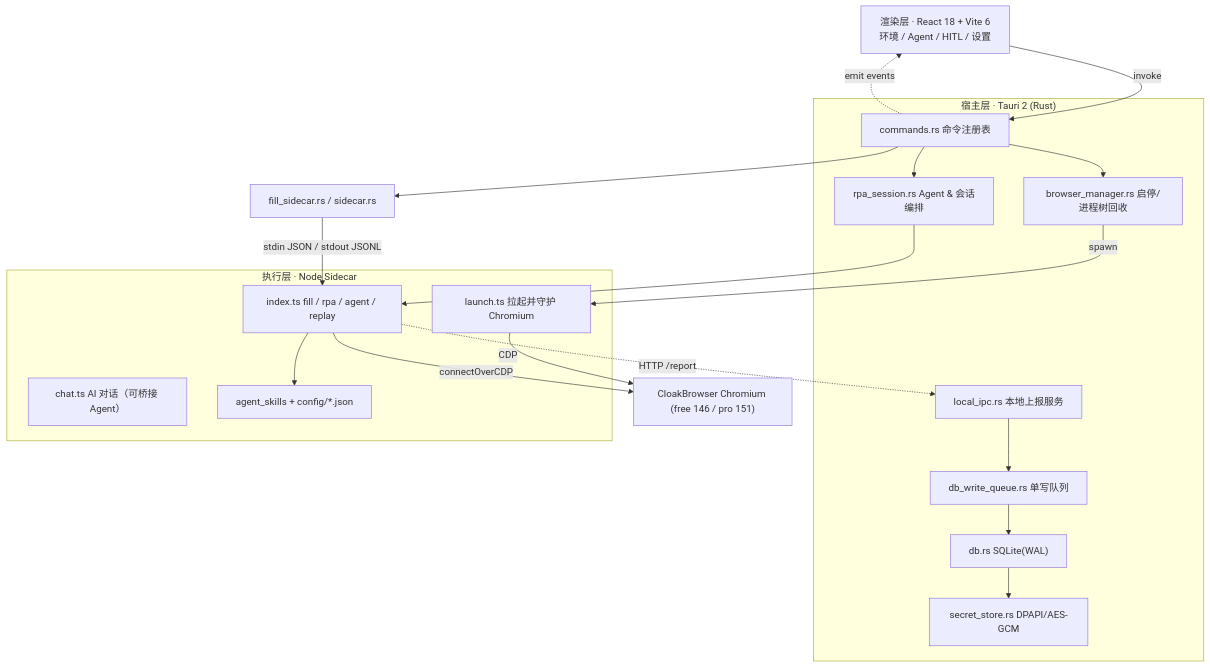
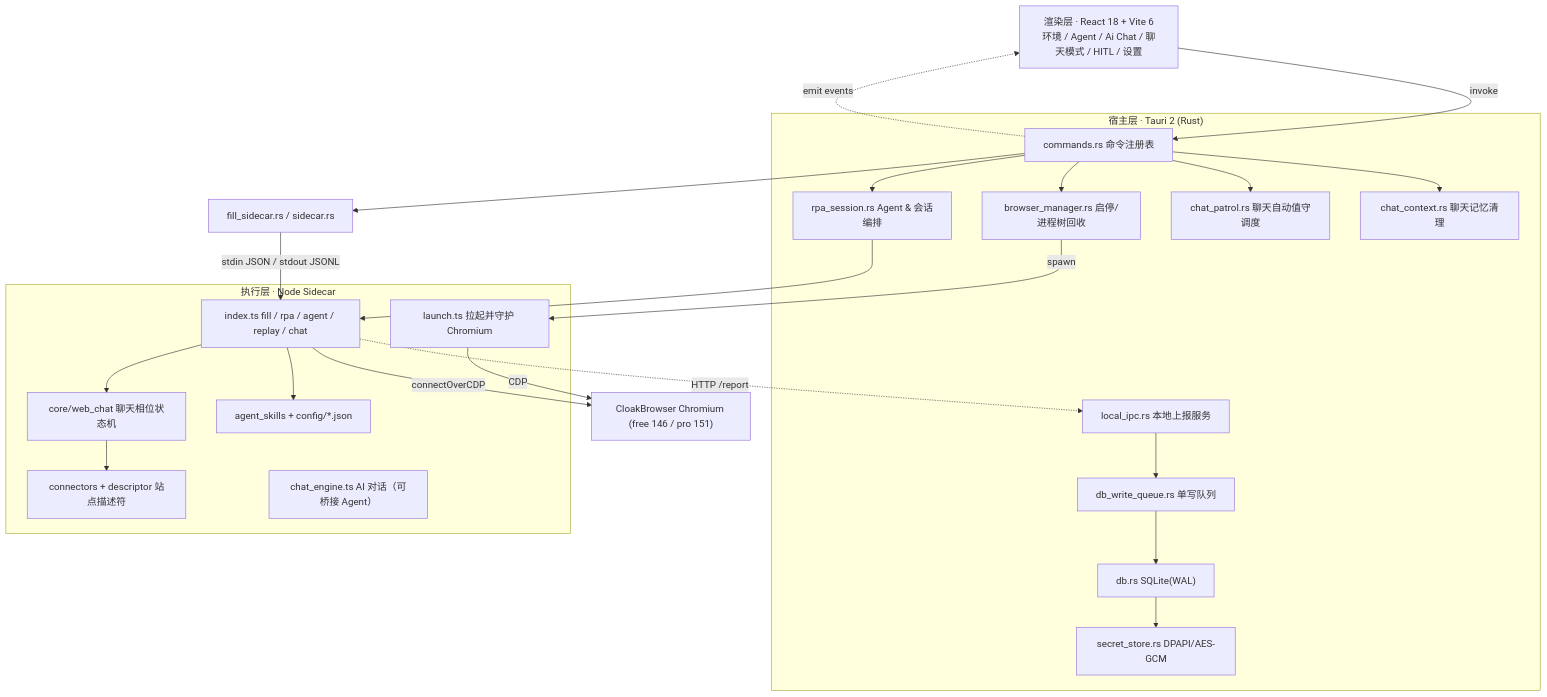
Before and after one commit to cecilialily70-alt/AI-Browser: the diagram in README.md, drawn with Mermaid. The commit also changed other lines of this file, not shown here.

````diff
--- a/README.md
+++ b/README.md
@@ -742,35 +872,43 @@
 ```mermaid
 flowchart TB
-    FE["渲染层 · React 18 + Vite 6<br/>环境 / Agent / HITL / 设置"]
+    FE["渲染层 · React 18 + Vite 6<br/>环境 / Agent / Ai Chat / 聊天模式 / HITL / 设置"]
     subgraph HOST["宿主层 · Tauri 2 (Rust)"]
         CMD["commands.rs 命令注册表"]
         BM["browser_manager.rs 启停/进程树回收"]
         RPA["rpa_session.rs Agent & 会话编排"]
+        PATROL["chat_patrol.rs 聊天自动值守调度"]
+        CTX["chat_context.rs 聊天记忆清理"]
         IPC["local_ipc.rs 本地上报服务"]
         DBQ["db_write_queue.rs 单写队列"]
         DB["db.rs SQLite(WAL)"]
         SEC["secret_store.rs DPAPI/AES-GCM"]
     end
     subgraph NODE["执行层 · Node Sidecar"]
         LAUNCH["launch.ts 拉起并守护 Chromium"]
-        ENGINE["index.ts fill / rpa / agent / replay"]
-        CHAT["chat.ts AI 对话（可桥接 Agent）"]
+        ENGINE["index.ts fill / rpa / agent / replay / chat"]
+        WEBCHAT["core/web_chat 聊天相位状态机"]
+        DESC["connectors + descriptor 站点描述符"]
+        CHAT["chat_engine.ts AI 对话（可桥接 Agent）"]
         SKILLS["agent_skills + config/*.json"]
     end
     CHROME["CloakBrowser Chromium (free 146 / pro 151)"]
 
     FE -->|invoke| CMD
     CMD --> BM
     CMD --> RPA
+    CMD --> PATROL
+    CMD --> CTX
     VM["fill_sidecar.rs / sidecar.rs"] -->|stdin JSON / stdout JSONL| ENGINE
     CMD --> VM
     RPA --> ENGINE
     BM -->|spawn| LAUNCH
     LAUNCH -->|CDP| CHROME
     ENGINE -->|connectOverCDP| CHROME
+    ENGINE --> WEBCHAT
+    WEBCHAT --> DESC
     ENGINE --> SKILLS
     ENGINE -.->|HTTP /report| IPC
     IPC --> DBQ --> DB
     DB --> SEC
     CMD -.->|emit events| FE
 ```
````
